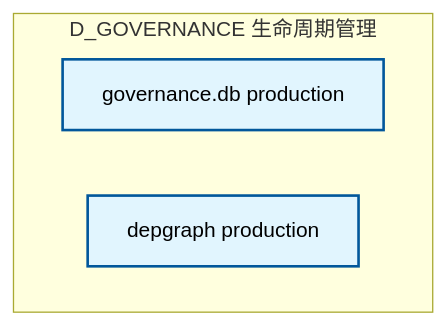
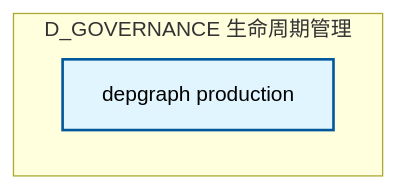
Before and after one commit to xuanFelixVan/ZephyrAlpha: diagram 20 of 20 in docs/02_enterprise_architecture/02_domain_architecture_docs/33_d_governance.md, drawn with Mermaid. The commit also changed other lines of this file and 105 other files, not shown here.

````diff
--- a/docs/02_enterprise_architecture/02_domain_architecture_docs/33_d_governance.md
+++ b/docs/02_enterprise_architecture/02_domain_architecture_docs/33_d_governance.md
@@ -1374,12 +1372,11 @@
 ```mermaid
 graph TD
     subgraph D_GOVERNANCE["D_GOVERNANCE 生命周期管理"]
-        infrastructure_registry_yaml_INFRA_DB_001["governance.db production"]
         infrastructure_registry_yaml_INFRA_DB_003["depgraph production"]
     end
     classDef production fill:#e1f5fe,stroke:#01579b,stroke-width:2px,color:#000
     classDef design fill:#fff3e0,stroke:#e65100,stroke-width:2px,color:#000,stroke-dasharray: 5 5
     classDef external_prod fill:#e8f5e9,stroke:#1b5e20,stroke-width:1px,color:#000
     classDef external_design fill:#fce4ec,stroke:#880e4f,stroke-width:1px,color:#000,stroke-dasharray: 5 5
-    class infrastructure_registry_yaml_INFRA_DB_001,infrastructure_registry_yaml_INFRA_DB_003 production
+    class infrastructure_registry_yaml_INFRA_DB_003 production
 ```
````
